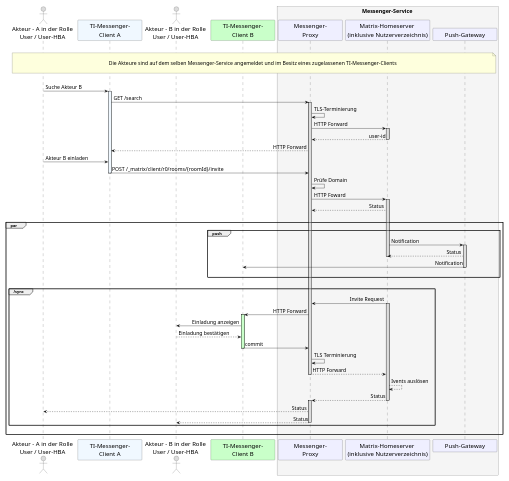
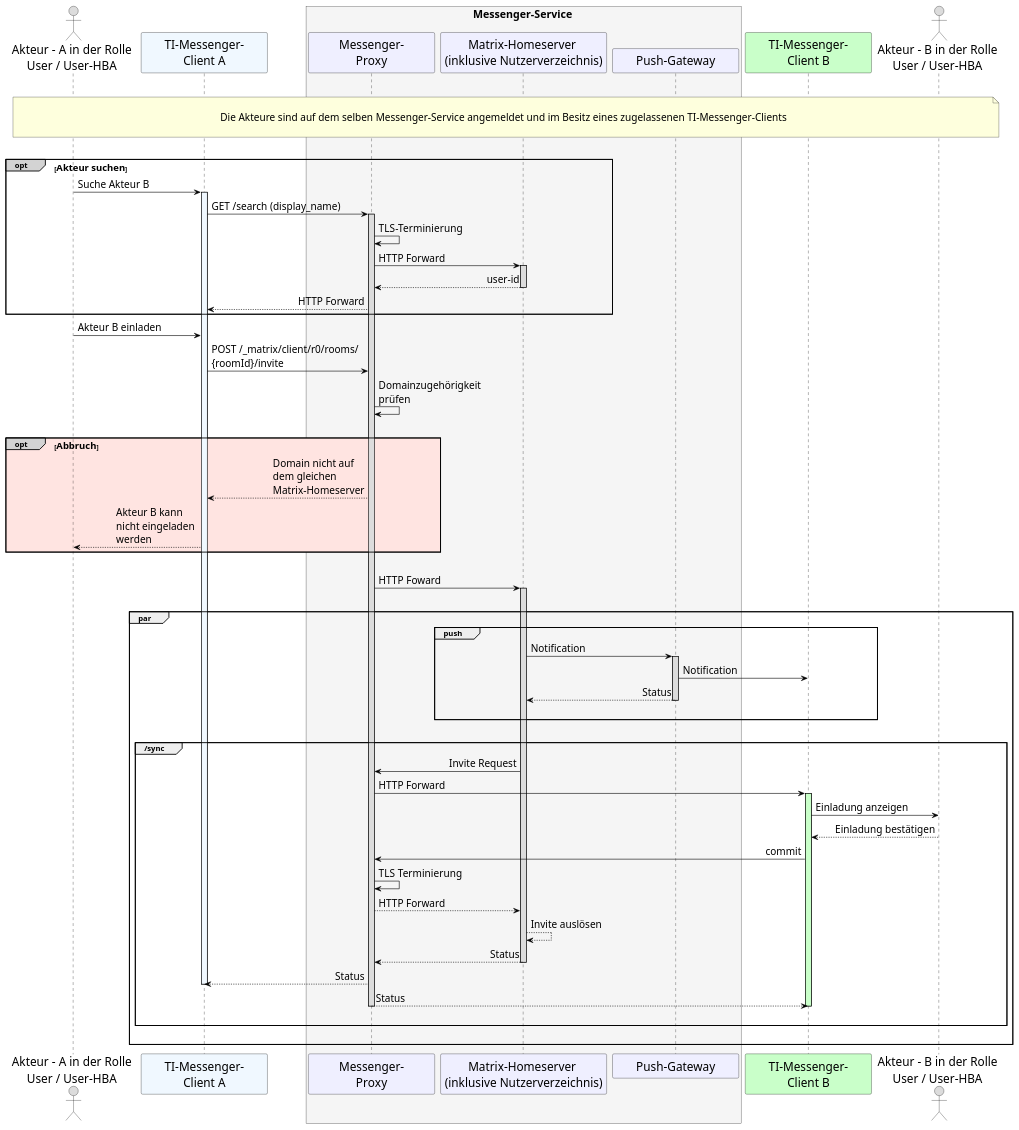
Before and after one commit to gematik/api-ti-messenger: the diagram in src/plantuml/TI-Messenger-Dienst/Ressourcen/UC_10104_Seq.puml, drawn with PlantUML.

```diff
--- a/src/plantuml/TI-Messenger-Dienst/Ressourcen/UC_10104_Seq.puml
+++ b/src/plantuml/TI-Messenger-Dienst/Ressourcen/UC_10104_Seq.puml
@@ -9,97 +9,97 @@
 @startuml
 skinparam sequenceMessageAlign direction
 skinparam minClassWidth 200
 skinparam BoxPadding 1
 skinparam sequenceReferenceHeaderBackgroundColor palegreen
-scale max 850 width
+scale max 2048 width
 
 skinparam sequence {
 ArrowColor black
 ArrowFontSize 17
 ActorBorderColor black
 LifeLineBorderColor black
 LifeLineBackgroundColor Gainsboro
 
 ParticipantBorderColor Motivation
 ParticipantBackgroundColor Motivation
 ParticipantFontName Impact
 ParticipantFontSize 20
 ParticipantFontColor black
 ParticipantBorderColor Black
 ParticipantBackgroundColor MOTIVATION
 
 ActorBackgroundColor Gainsboro
 ActorFontColor black
 ActorFontSize 20
 ActorFontName Aapex
 }
     actor U1 as "Akteur - A in der Rolle\nUser / User-HBA"
     participant C1 as "TI-Messenger-\nClient A" #AliceBlue
-    actor U2 as "Akteur - B in der Rolle\nUser / User-HBA"
-    participant C2 as "TI-Messenger-\nClient B"#TECHNOLOGY
     box <size:18>Messenger-Service</size> #WhiteSmoke
       participant MP as "Messenger-\nProxy"
       participant MH as "Matrix-Homeserver \n(inklusive Nutzerverzeichnis)"
       participant PG as "Push-Gateway"
     end box
-
+    participant C2 as "TI-Messenger-\nClient B"#TECHNOLOGY
+    actor U2 as "Akteur - B in der Rolle\nUser / User-HBA"
+    
 |||
-note over U1, PG: \n<size:17>Die Akteure sind auf dem selben Messenger-Service angemeldet und im Besitz eines zugelassenen TI-Messenger-Clients</size>\n
+note over U1, U2: \n<size:17>Die Akteure sind auf dem selben Messenger-Service angemeldet und im Besitz eines zugelassenen TI-Messenger-Clients</size>\n
 |||
 
+    opt#LightGrey <size:16>Akteur suchen</size>
     U1->C1: Suche Akteur B
       activate C1 #AliceBlue
-    C1->MP: GET /search 
+    C1->MP: GET /search (display_name)
       activate MP
     MP->MP: TLS-Terminierung
     MP->MH: HTTP Forward
       activate MH
     MH-->MP: user-id
       deactivate MH
     MP-->C1: HTTP Forward
+    end
     U1->C1: Akteur B einladen
-    C1->MP: POST /_matrix/client/r0/rooms/{roomId}/invite
-      deactivate C1
-    MP->MP: Prüfe Domain
+    C1->MP: POST /_matrix/client/r0/rooms/\n{roomId}/invite
+    MP->MP: Domainzugehörigkeit \nprüfen
+    |||
+    opt#LightGrey #MistyRose <size:16>Abbruch</size>
+      MP-->C1: Domain nicht auf \ndem gleichen \nMatrix-Homeserver
+      C1-->U1: Akteur B kann \nnicht eingeladen \nwerden
+    end
+    |||
     MP->MH: HTTP Foward
       activate MH
-    MH-->MP: Status
     |||
     group par 
       group push
         MH->PG: Notification
           activate PG
+        PG->C2: Notification
         PG-->MH: Status
-          deactivate MH
-        PG->C2: Notification
           deactivate PG
       |||
       end
       |||
       group /sync
         MH->MP: Invite Request
-          activate MH
         MP->C2: HTTP Forward
           activate C2 #TECHNOLOGY
         C2->U2: Einladung anzeigen
         U2-->C2: Einladung bestätigen
         C2->MP: commit
-          deactivate C2
         MP->MP: TLS Terminierung
         MP-->MH: HTTP Forward
-          deactivate MP
-        MH-->MH: Ivents auslösen
+        MH-->MH: Invite auslösen
         MH-->MP: Status
           deactivate MH
-          activate MP
-        MP-->U1: Status
-        MP-->U2: Status
+        MP-->C1: Status
+          deactivate C1
+        MP-->C2: Status
+          deactivate C2
           deactivate MP
+          |||
       end
-
 |||
     end
-    
-
-
 @enduml
```
